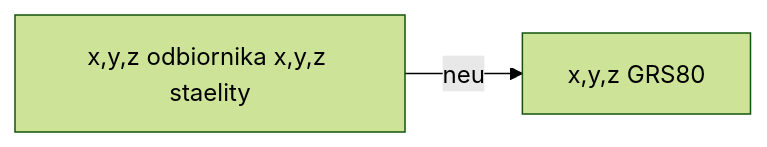
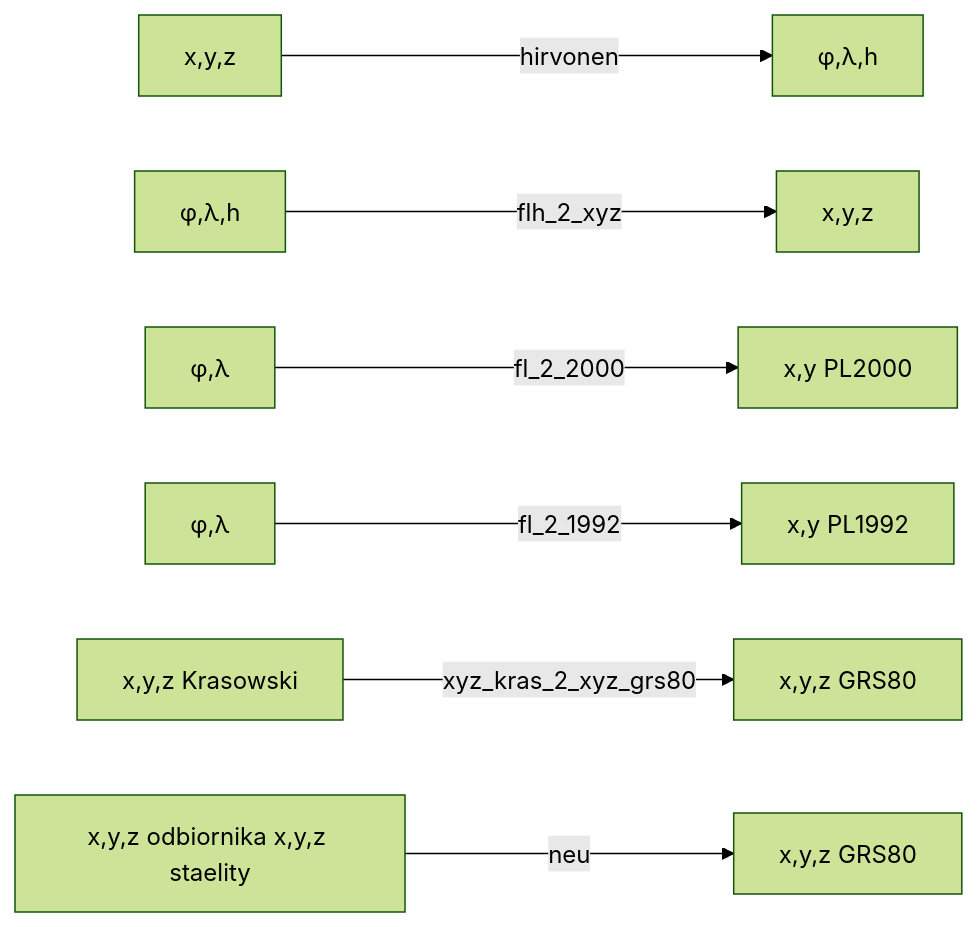
One commit to Votum1103/ProjektTransformacje changed the diagram in README.md. Above: the diagram before and after it, drawn with Mermaid (forest theme). The commit also changed other lines of this file, not shown here.

````diff
--- a/README.md
+++ b/README.md
@@ -26,4 +6,9 @@
 ```mermaid
 graph LR
-A[x,y,z odbiornika x,y,z staelity] -->|neu| B[x,y,z GRS80]
+A[x,y,z] -->|hirvonen| B[φ,λ,h]
+C[φ,λ,h] -->|flh_2_xyz| D[x,y,z]
+E[φ,λ] -->|fl_2_2000| F[x,y PL2000]
+G[φ,λ] -->|fl_2_1992| H[x,y PL1992]
+I[x,y,z Krasowski] -->|xyz_kras_2_xyz_grs80| J[x,y,z GRS80]
+K[x,y,z odbiornika x,y,z staelity] -->|neu| L[x,y,z GRS80]
 ```
````
